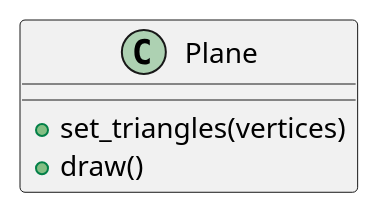
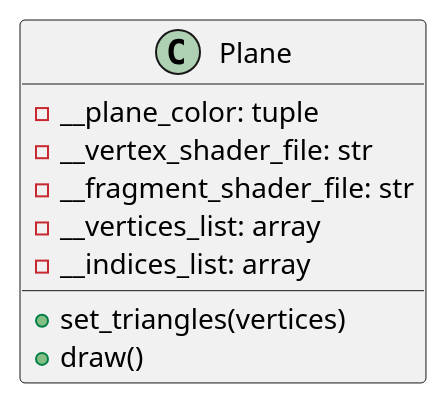
One commit to ferpoble2/Relief_Creator changed the diagram in docs/classes/Plane.puml. Above: the diagram before and after it, drawn with PlantUML. The commit also changed 1 other file, not shown here.

```diff
--- a/docs/classes/Plane.puml
+++ b/docs/classes/Plane.puml
@@ -1,8 +1,14 @@
 @startuml
 
 class Plane{
+    - __plane_color: tuple
+    - __vertex_shader_file: str
+    - __fragment_shader_file: str
+    - __vertices_list: array
+    - __indices_list: array
+
     + set_triangles(vertices)
     + draw()
 }
 
 @enduml
```
